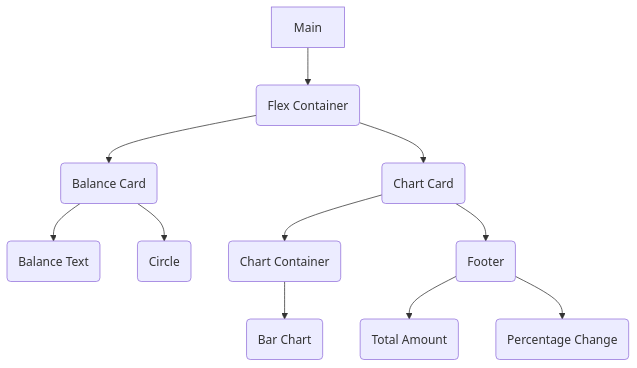
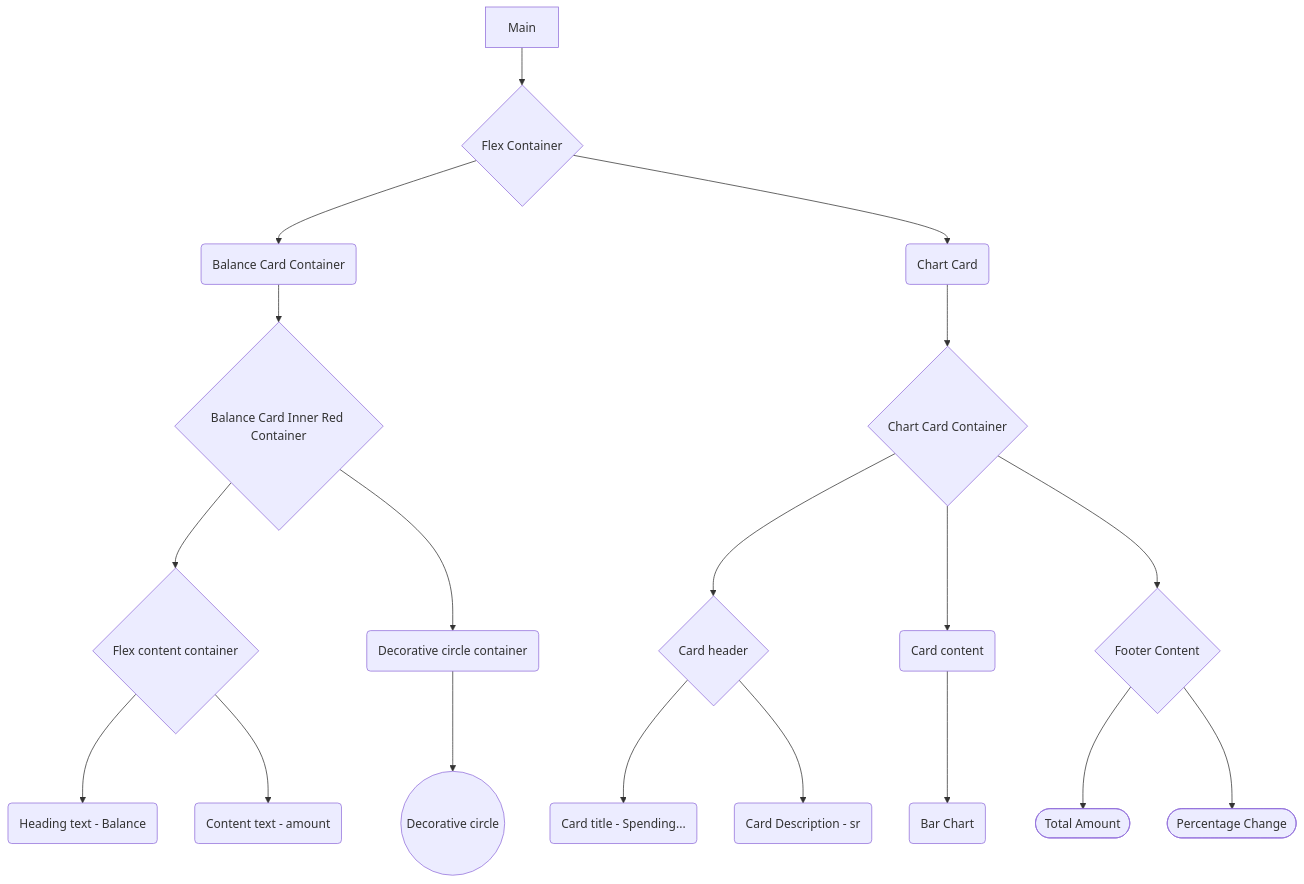
Before and after one commit to queseri/expenses-chart: the diagram in README.md, drawn with Mermaid. The commit also changed other lines of this file, not shown here.

Commit message:
improved flow diagram with mermaid

````diff
--- a/README.md
+++ b/README.md
@@ -120,14 +123,22 @@
 ```mermaid
 graph TD
-    A[Main] --> B(Flex Container)
-    B --> C(Balance Card)
+    A[Main] --> B{Flex Container}
+    B --> C(Balance Card Container)
     B --> D(Chart Card)
-    C --> E(Balance Text)
-    C --> F(Circle)
-    D --> G(Chart Container)
-    D --> H(Footer)
-    G --> I(Bar Chart)
-    H --> J(Total Amount)
-    H --> K(Percentage Change)
+    C --> E{Balance Card Inner Red Container}
+    E --> F{Flex content container}
+    E --> G(Decorative circle container)
+    G --> T((Decorative circle))
+    F --> H(Heading text - Balance)
+    F --> I(Content text - amount)
+    D --> J{Chart Card Container}
+    J --> K{Card header}
+    J --> L(Card content)
+    J --> M{Footer Content}
+    K --> N(Card title - Spending...)
+    K --> P(Card Description - sr)
+    L --> Q(Bar Chart)
+    M --> R([Total Amount])
+    M --> S([Percentage Change])
 
 ```
````
